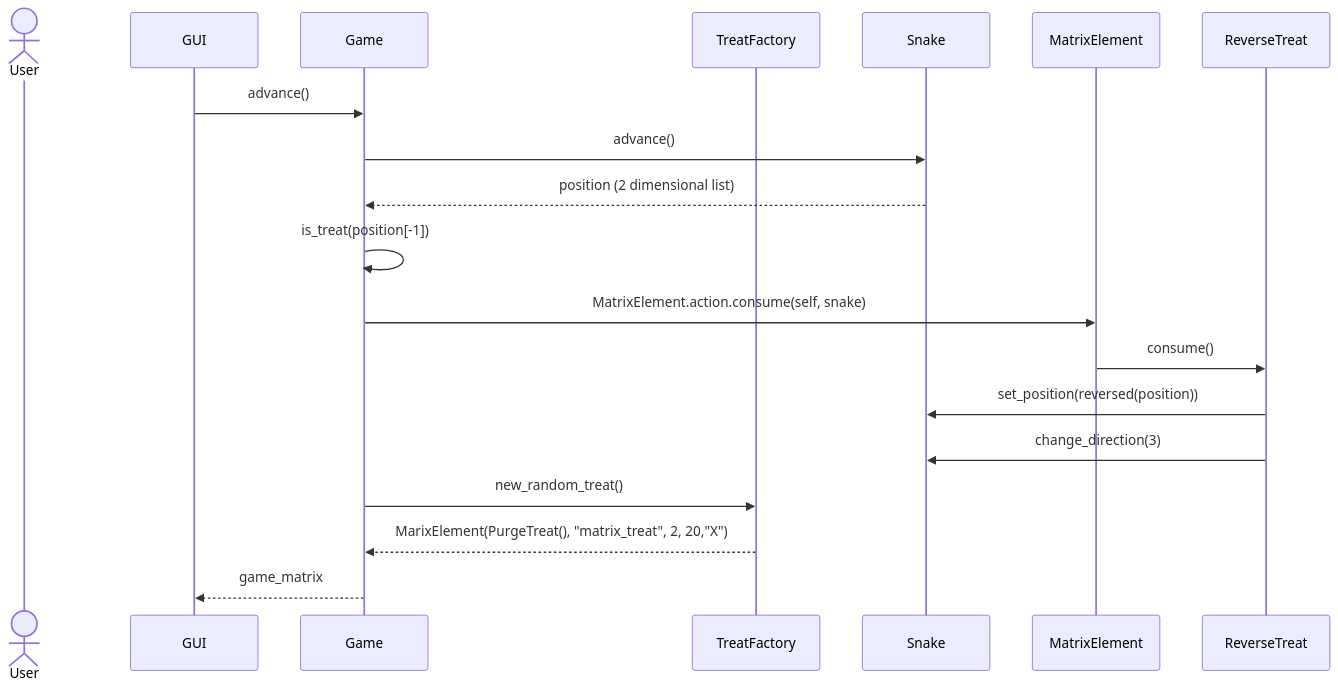
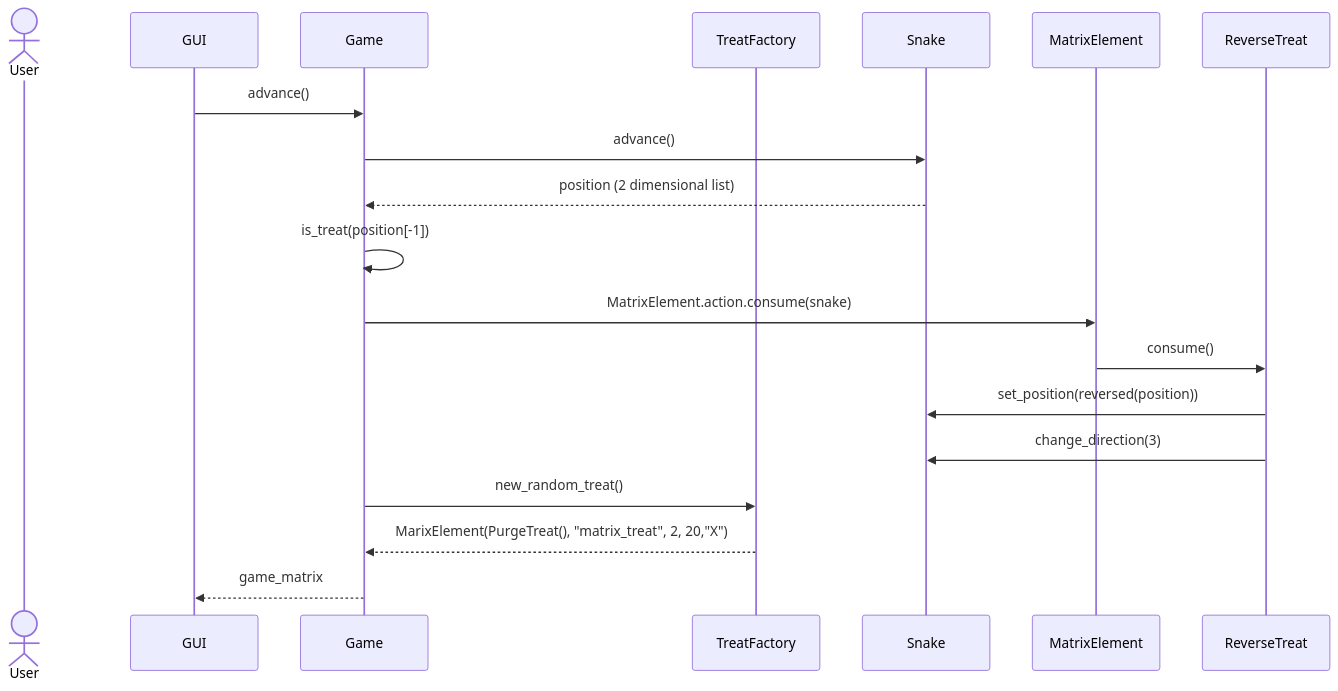
The second of 2 diagrams in dokumentaatio/arkkitehtuuri.md (SuperTLP/ot-harjoitustyo), drawn with Mermaid before and after one commit.

````diff
--- a/dokumentaatio/arkkitehtuuri.md
+++ b/dokumentaatio/arkkitehtuuri.md
@@ -84,23 +84,23 @@
 ```mermaid
 sequenceDiagram
   actor User
   participant GUI
   participant Game
   participant TreatFactory
   participant Snake
   participant MatrixElement
   participant ReverseTreat
   GUI->>Game:advance()
   Game->>Snake:advance()
   Snake-->>Game:position (2 dimensional list)
   Game->>Game:is_treat(position[-1])
-  Game->>MatrixElement:MatrixElement.action.consume(self, snake)
+  Game->>MatrixElement:MatrixElement.action.consume(snake)
   MatrixElement->>ReverseTreat:consume()
   ReverseTreat->>Snake:set_position(reversed(position))
   ReverseTreat->>Snake: change_direction(3)
   Game->>TreatFactory:new_random_treat()
   TreatFactory-->>Game: MarixElement(PurgeTreat(), "matrix_treat", 2, 20,"X")
   Game-->>GUI:game_matrix
   
   
 ```
````
